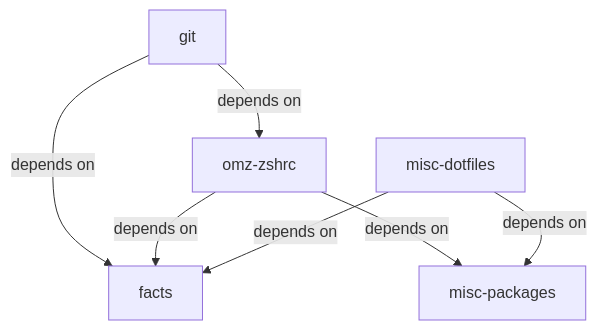
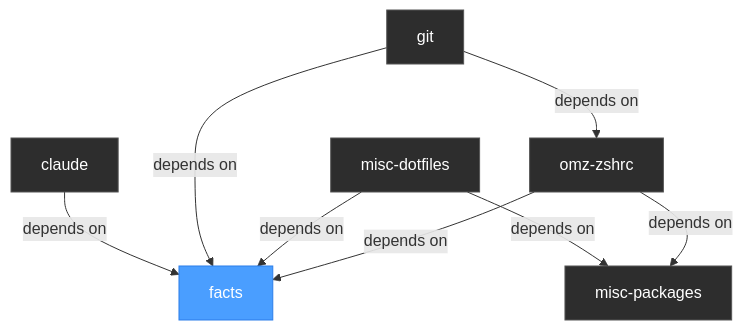
One commit to karldreher/ansible-playbooks changed the diagram in DAG.md. Above: the diagram before and after it, drawn with Mermaid. The commit also changed 9 other files, not shown here.

First line of the commit message:
feat: add claude role and rewrite diagram script in python (#35)

````diff
--- a/DAG.md
+++ b/DAG.md
@@ -1,10 +1,18 @@
 ```mermaid
 graph TD
 
+    claude -->|depends on| facts
+    facts
+    git -->|depends on| facts
+    git -->|depends on| omz-zshrc
     misc-dotfiles -->|depends on| facts
     misc-dotfiles -->|depends on| misc-packages
+    misc-packages
     omz-zshrc -->|depends on| facts
     omz-zshrc -->|depends on| misc-packages
-    git -->|depends on| omz-zshrc
-    git -->|depends on| facts
+
+    classDef facts fill:#4a9eff,stroke:#2b7de9,color:#fff
+    classDef role fill:#2d2d2d,stroke:#555,color:#fff
+    classDef default fill:#2d2d2d,stroke:#555,color:#fff
+    class facts facts
 ```
````
